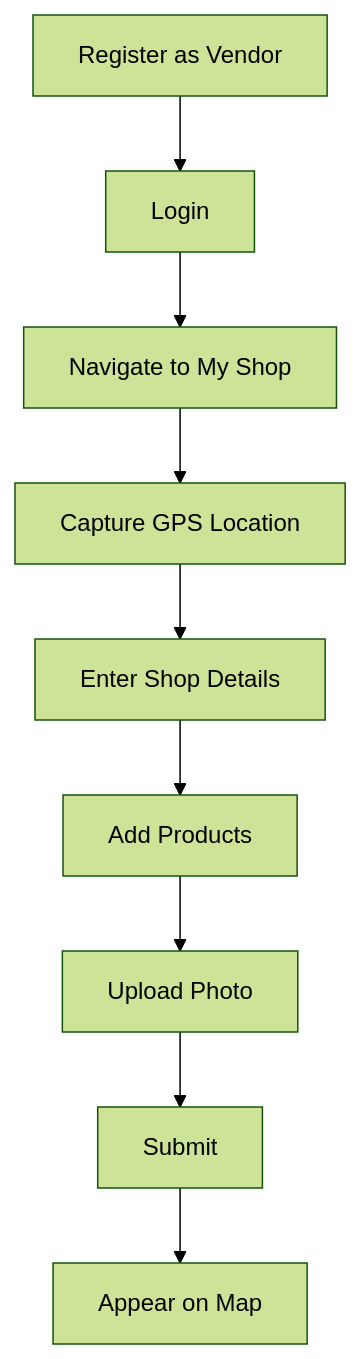
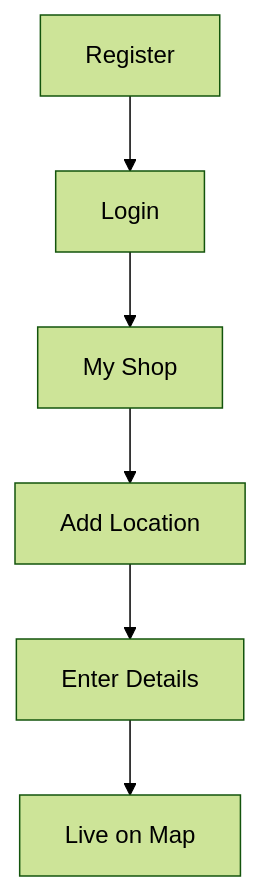
The second of 3 diagrams in README.md (VaishnaviVadla33/Vegetable_Fruit_vendors_Locator), drawn with Mermaid (forest theme) before and after one commit. The commit also changed other lines of this file, not shown here.

````diff
--- a/README.md
+++ b/README.md
@@ -366,11 +370,8 @@
 ```mermaid
 graph TD
-    A[Register as Vendor] --> B[Login]
-    B --> C[Navigate to My Shop]
-    C --> D[Capture GPS Location]
-    D --> E[Enter Shop Details]
-    E --> F[Add Products]
-    F --> G[Upload Photo]
-    G --> H[Submit]
-    H --> I[Appear on Map]
+    A[Register] --> B[Login]
+    B --> C[My Shop]
+    C --> D[Add Location]
+    D --> E[Enter Details]
+    E --> F[Live on Map]
 ```
````
